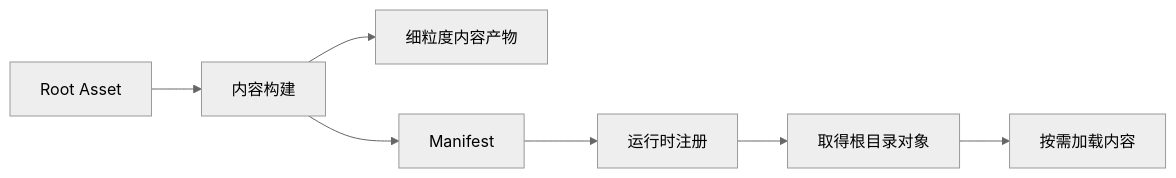
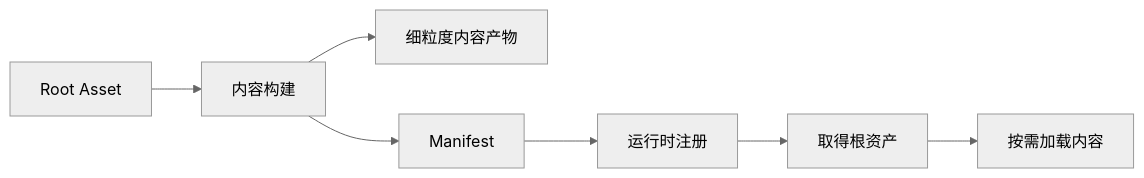
The diagram in content/engine-toolchain/unity-content-directories-01-model-and-workflow.md (TwoEggDu/twoegg-tech-stack), drawn with Mermaid (neutral theme) before and after one commit. The commit also changed other lines of this file and 5 other files, not shown here.

````diff
--- a/content/engine-toolchain/unity-content-directories-01-model-and-workflow.md
+++ b/content/engine-toolchain/unity-content-directories-01-model-and-workflow.md
@@ -50,9 +65,9 @@
 ```mermaid
 flowchart LR
     Root[Root Asset] --> Build[内容构建]
     Build --> Files[细粒度内容产物]
     Build --> Manifest[Manifest]
     Manifest --> Register[运行时注册]
-    Register --> Catalog[取得根目录对象]
+    Register --> Catalog[取得根资产]
     Catalog --> Load[按需加载内容]
 ```
````
